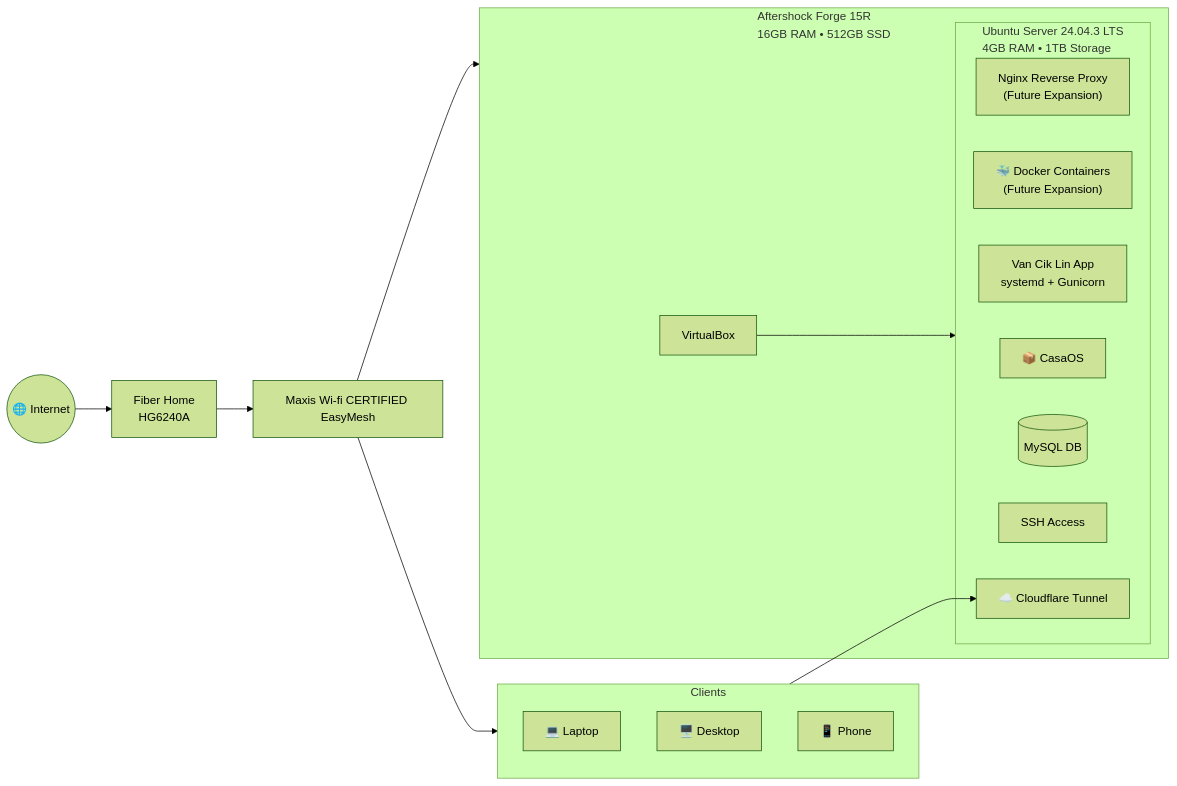
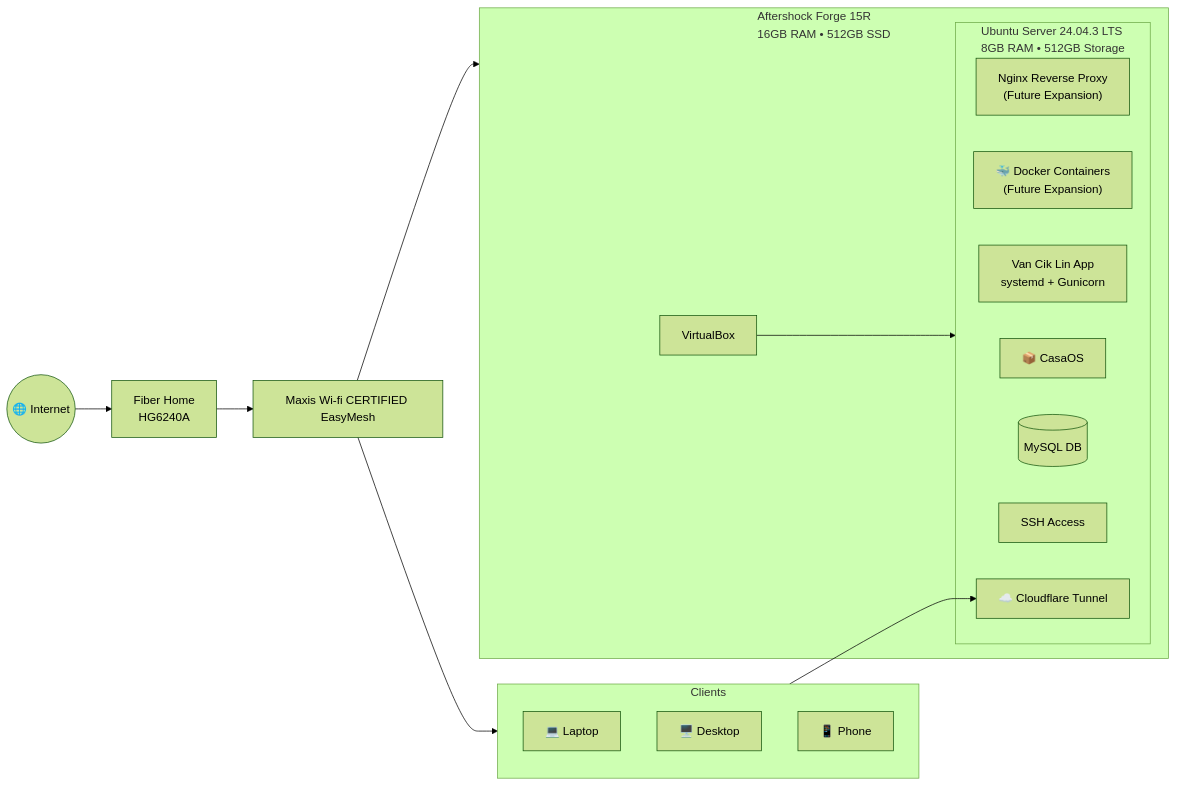
One commit to ainfarhanah/homelab changed the diagram in README.md. Above: the diagram before and after it, drawn with Mermaid (forest theme).

Commit message:
Update Ubuntu VM specs in architecture diagram

````diff
--- a/README.md
+++ b/README.md
@@ -12,29 +12,29 @@
 ```mermaid
 
 flowchart LR
- subgraph UbuntuVM["Ubuntu Server 24.04.3 LTS<br>4GB RAM • 1TB Storage"]
+ subgraph UbuntuVM["Ubuntu Server 24.04.3 LTS<br>8GB RAM • 512GB Storage"]
         Nginx["Nginx Reverse Proxy<br>(Future Expansion)"]
         Docker["🐳 Docker Containers<br>(Future Expansion)"]
         SystemD["Van Cik Lin App<br>systemd + Gunicorn"]
         CasaOS["📦 CasaOS"]
         MySQL[("MySQL DB")]
         SSH["SSH Access"]
         CloudflareTunnel["☁️ Cloudflare Tunnel"]
   end
  subgraph PhysicalHost["Aftershock Forge 15R<br>16GB RAM • 512GB SSD"]
         VirtualBox["VirtualBox"]
         UbuntuVM
   end
  subgraph ClientDevices["Clients"]
         LaptopClient["💻 Laptop"]
         DesktopClient["🖥️ Desktop"]
         PhoneClient["📱 Phone"]
   end
     Internet(("🌐 Internet")) --> Router["Fiber Home<br>HG6240A"]
     Router --> WifiMesh["Maxis Wi-fi CERTIFIED EasyMesh"]
     WifiMesh --> PhysicalHost
     WifiMesh --> ClientDevices
     VirtualBox --> UbuntuVM
     ClientDevices --> CloudflareTunnel
 
 ```
````
